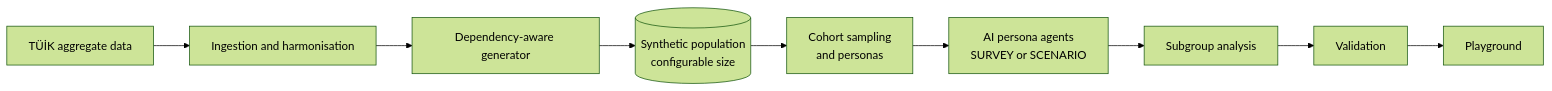
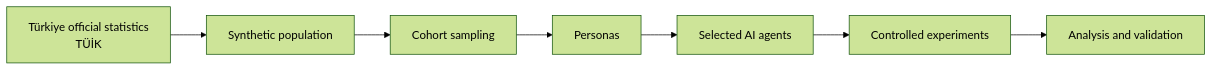
Before and after one commit to Samotic/AI-powered-digital-society-twin: the diagram in README.md, drawn with Mermaid (forest theme). The commit also changed other lines of this file, not shown here.

````diff
--- a/README.md
+++ b/README.md
@@ -43,11 +20,9 @@
 ```mermaid
 flowchart LR
-    A["TÜİK aggregate data"] --> B["Ingestion and harmonisation"]
-    B --> C["Dependency-aware generator"]
-    C --> D[("Synthetic population<br/>configurable size")]
-    D --> E["Cohort sampling<br/>and personas"]
-    E --> F["AI persona agents<br/>SURVEY or SCENARIO"]
-    F --> G["Subgroup analysis"]
-    G --> H["Validation"]
-    H --> I["Playground"]
+    A["Türkiye official statistics<br/>TÜİK"] --> B["Synthetic population"]
+    B --> C["Cohort sampling"]
+    C --> D["Personas"]
+    D --> E["Selected AI agents"]
+    E --> F["Controlled experiments"]
+    F --> G["Analysis and validation"]
 ```
````
